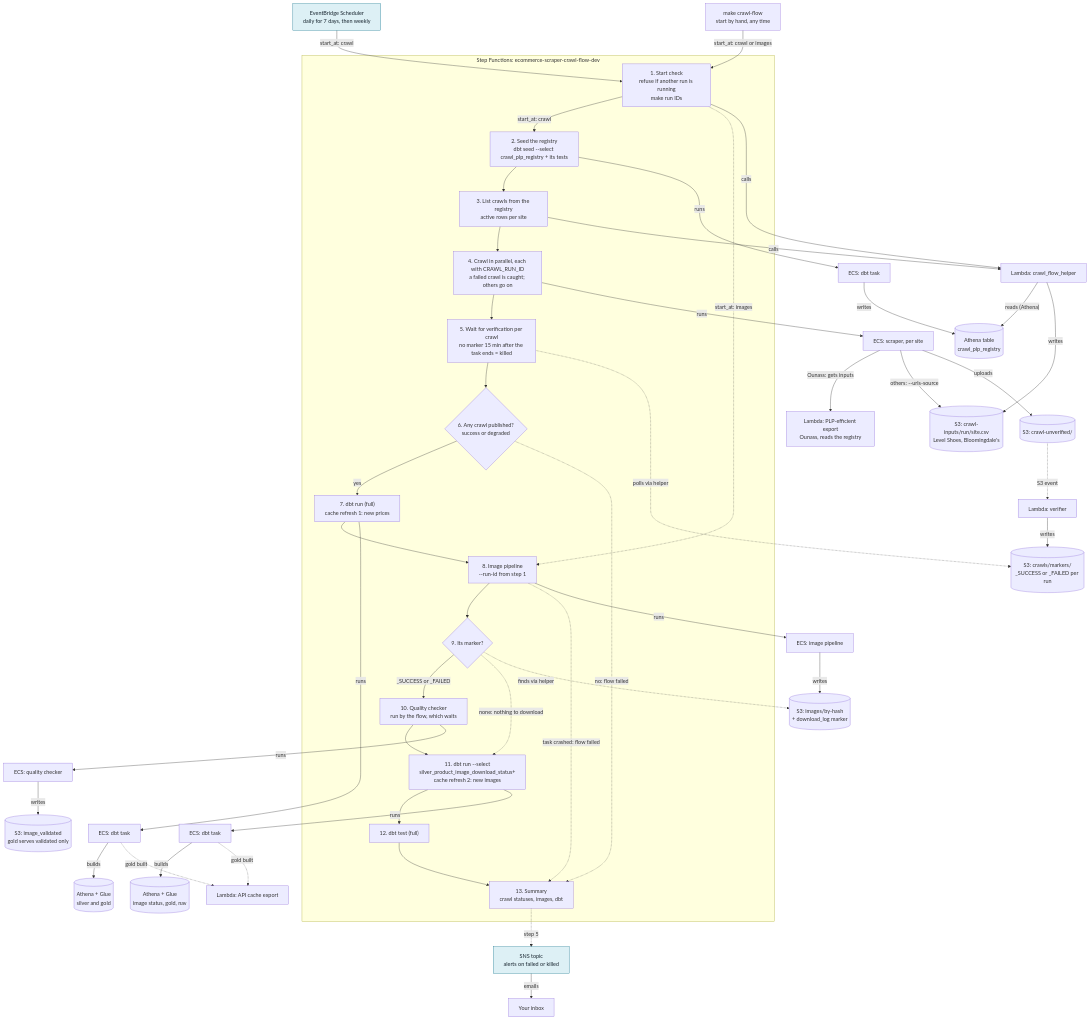
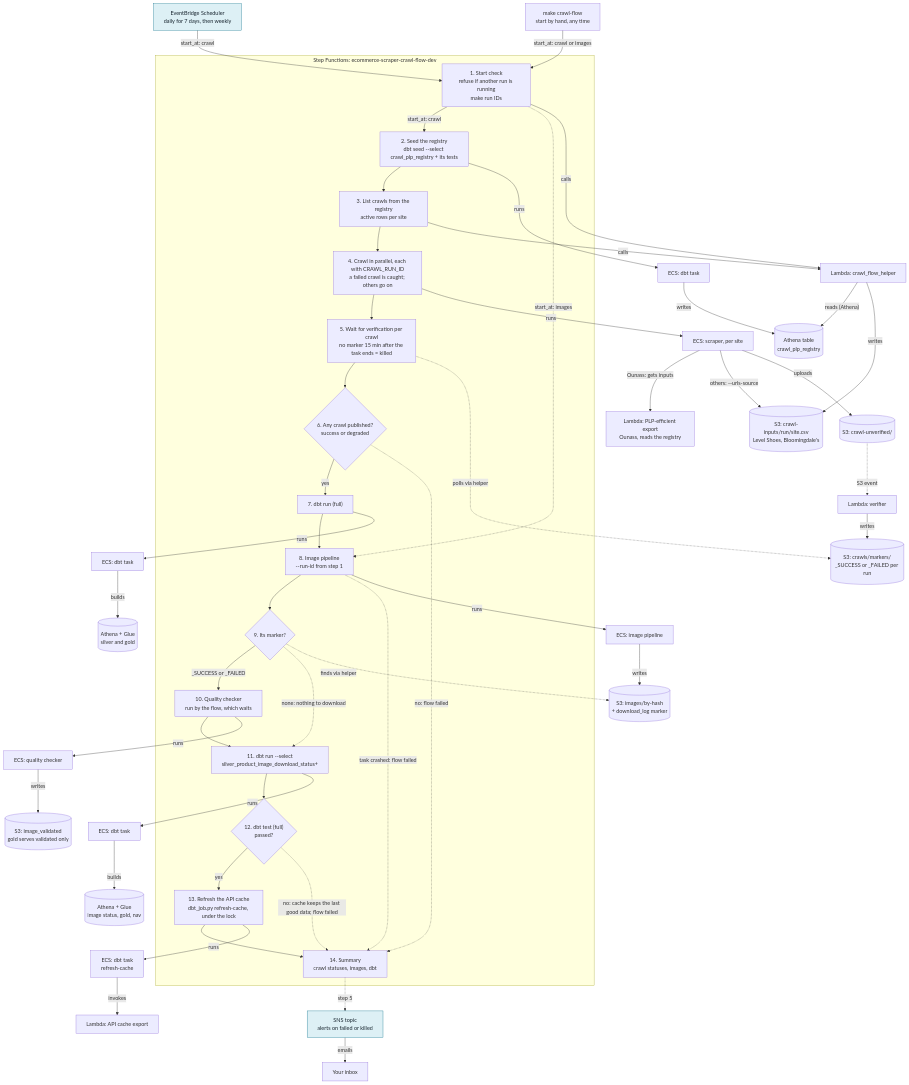
One commit to tareklel/ecommerce-scraper changed the first of 3 diagrams in docs/cicd_architecture.md. Above: the diagram before and after it, drawn with Mermaid. The commit also changed other lines of this file and 10 other files, not shown here.

First line of the commit message:
feat: refresh the API cache only after dbt test; gift skip and --limit

```diff
--- a/docs/cicd_architecture.md
+++ b/docs/cicd_architecture.md
@@ -37,13 +38,14 @@
     s4["4. Crawl in parallel, each with CRAWL_RUN_ID<br/>a failed crawl is caught; others go on"]
     s5["5. Wait for verification per crawl<br/>no marker 15 min after the task ends = killed"]
     s6{"6. Any crawl published?<br/>success or degraded"}
-    s7["7. dbt run (full)<br/>cache refresh 1: new prices"]
+    s7["7. dbt run (full)"]
     s8["8. Image pipeline<br/>--run-id from step 1"]
     s9{"9. Its marker?"}
     s10["10. Quality checker<br/>run by the flow, which waits"]
-    s11["11. dbt run --select<br/>silver_product_image_download_status+<br/>cache refresh 2: new images"]
-    s12["12. dbt test (full)"]
-    s13["13. Summary<br/>crawl statuses, images, dbt"]
+    s11["11. dbt run --select<br/>silver_product_image_download_status+"]
+    s12{"12. dbt test (full)<br/>passed?"}
+    s14["13. Refresh the API cache<br/>dbt_job.py refresh-cache, under the lock"]
+    s13["14. Summary<br/>crawl statuses, images, dbt"]
     s1 -->|"start_at: crawl"| s2 --> s3 --> s4 --> s5 --> s6
     s1 -.->|"start_at: images"| s8
     s6 -->|yes| s7 --> s8 --> s9
@@ -51,7 +53,9 @@
     s9 -->|"_SUCCESS or _FAILED"| s10 --> s11
     s9 -.->|"none: nothing to download"| s11
     s8 -.->|"task crashed: flow failed"| s13
-    s11 --> s12 --> s13
+    s11 --> s12
+    s12 -->|yes| s14 --> s13
+    s12 -.->|"no: cache keeps the last good data; flow failed"| s13
   end
 
   dbt1["ECS: dbt task"]
@@ -96,8 +100,8 @@
   gold[("Athena + Glue<br/>image status, gold, nav")]
   apicache["Lambda: API cache export"]
   s11 -->|runs| dbt3 -->|builds| gold
-  dbt2 -.->|"gold built"| apicache
-  dbt3 -.->|"gold built"| apicache
+  dbt4["ECS: dbt task<br/>refresh-cache"]
+  s14 -->|runs| dbt4 -->|invokes| apicache
 
   sns["SNS topic<br/>alerts on failed or killed"]:::planned
   inbox["Your inbox"]
```
